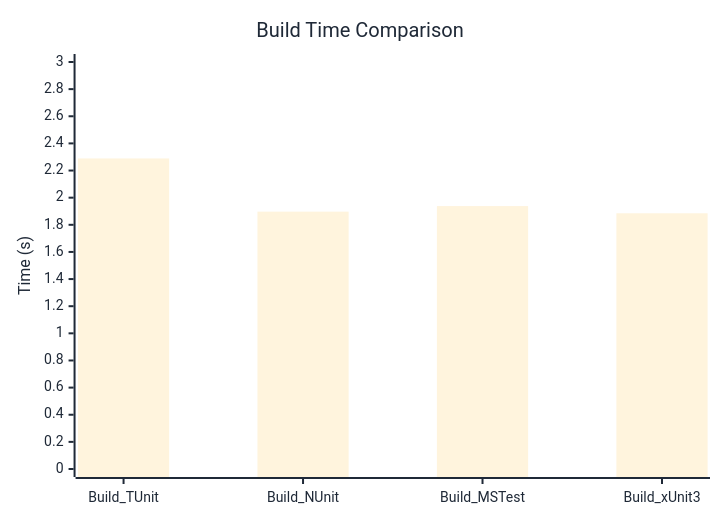
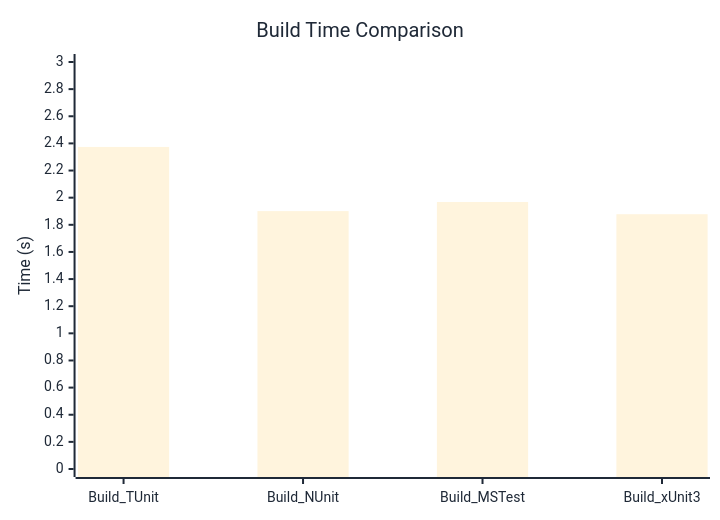
One commit to weiyilai/TUnit changed the diagram in docs/docs/benchmarks/BuildTime.md. Above: the diagram before and after it, drawn with Mermaid. The commit also changed other lines of this file and 16 other files, not shown here.

````diff
--- a/docs/docs/benchmarks/BuildTime.md
+++ b/docs/docs/benchmarks/BuildTime.md
@@ -28,37 +28,37 @@
 ```mermaid
 %%{init: {
   'theme':'base',
   'themeVariables': {
     'primaryColor': '#2563eb',
     'primaryTextColor': '#1f2937',
     'primaryBorderColor': '#1e40af',
     'lineColor': '#6b7280',
     'secondaryColor': '#7c3aed',
     'tertiaryColor': '#dc2626',
     'background': '#ffffff',
     'mainBkg': '#2563eb',
     'secondBkg': '#7c3aed',
     'tertiaryBkg': '#dc2626',
     'clusterBkg': '#f3f4f6',
     'edgeLabelBackground': '#ffffff',
     'tertiaryTextColor': '#1f2937',
     'pie1': '#2563eb',
     'pie2': '#7c3aed',
     'pie3': '#dc2626',
     'pie4': '#f59e0b',
     'pie5': '#10b981',
     'pie6': '#06b6d4',
     'pie7': '#ec4899',
     'pie8': '#6366f1',
     'pie9': '#84cc16',
     'pie10': '#f97316',
     'pie11': '#14b8a6',
     'pie12': '#a855f7'
   }
 }}%%
 xychart-beta
   title "Build Time Comparison"
   x-axis ["Build_TUnit", "Build_NUnit", "Build_MSTest", "Build_xUnit3"]
   y-axis "Time (s)" 0 --> 3
-  bar [2.289, 1.897, 1.938, 1.885]
+  bar [2.374, 1.901, 1.968, 1.878]
 ```
````
